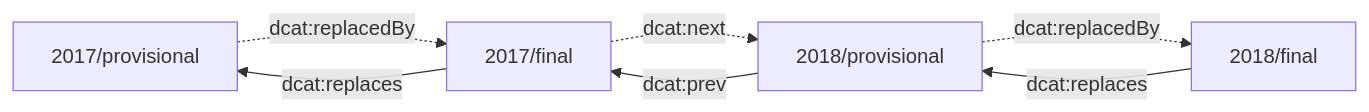
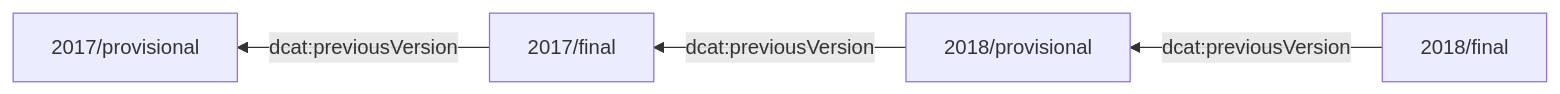
One commit to ONSdigital/application-profile changed the sixth of 14 diagrams in README.md. Above: the diagram before and after it, drawn with Mermaid. The commit also changed other lines of this file, not shown here.

Commit message:
Updates of editions, revisions, version

````diff
--- a/README.md
+++ b/README.md
@@ -850,17 +944,12 @@
 ```mermaid
-flowchart LR
+flowchart RL
 
 		2017p[2017/provisional]
 		2017f[2017/final]
 		2018p[2018/provisional]
 		2018f[2018/final]
 
-    2017p -.->|dcat:replacedBy| 2017f
-    2017f -.->|dcat:next| 2018p
-    2018p -.->|dcat:replacedBy| 2018f
-
-    2017f -->|dcat:replaces| 2017p
-    2018p -->|dcat:prev| 2017f
-    2018f -->|dcat:replaces| 2018p
-   
+    2017f -->|dcat:previousVersion| 2017p
+    2018p -->|dcat:previousVersion| 2017f
+    2018f -->|dcat:previousVersion| 2018p   
 ```
````
